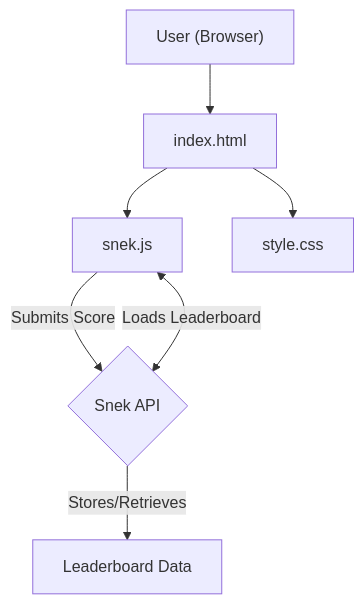
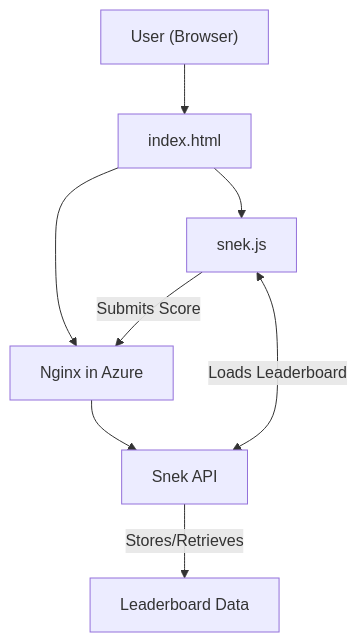
Before and after one commit to RBBSec/rbbsec-website: the diagram in README.md, drawn with Mermaid.

````diff
--- a/README.md
+++ b/README.md
@@ -3,9 +3,10 @@
 ```mermaid 
 graph TD 
     A["User (Browser)"] --> B["index.html"]
     B --> C["snek.js"]
     B --> D["style.css"]
-    C -->|Submits Score| E{"Snek API"}
+    C -->|Submits Score| D["Nginx in Azure"]
+    D --> E["Snek API"]
     C <-->|Loads Leaderboard| E 
     E -->|Stores/Retrieves| F["Leaderboard Data"] 
 ```
````
